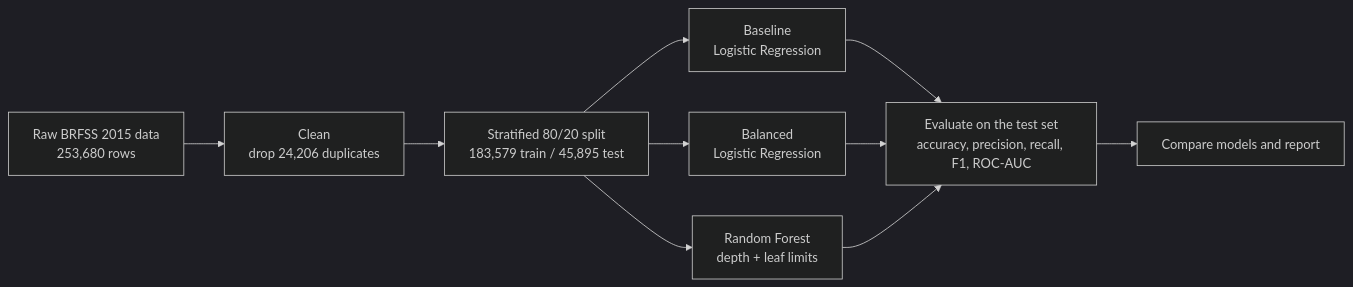
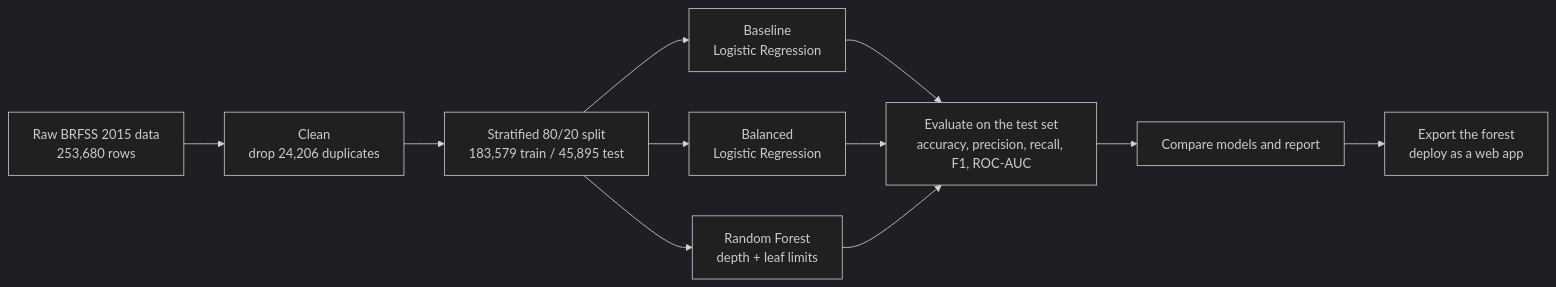
The diagram in README.md (NelsonUzoma/diabetes-prediction-capstone), drawn with Mermaid (dark theme) before and after one commit. The commit also changed other lines of this file, not shown here.

````diff
--- a/README.md
+++ b/README.md
@@ -108,12 +121,13 @@
 ```mermaid
 flowchart LR
     A["Raw BRFSS 2015 data<br/>253,680 rows"] --> B["Clean<br/>drop 24,206 duplicates"]
     B --> C["Stratified 80/20 split<br/>183,579 train / 45,895 test"]
     C --> D1["Baseline<br/>Logistic Regression"]
     C --> D2["Balanced<br/>Logistic Regression"]
     C --> D3["Random Forest<br/>depth + leaf limits"]
     D1 --> E["Evaluate on the test set<br/>accuracy, precision, recall, F1, ROC-AUC"]
     D2 --> E
     D3 --> E
     E --> F["Compare models and report"]
+    F --> G["Export the forest<br/>deploy as a web app"]
 ```
````
